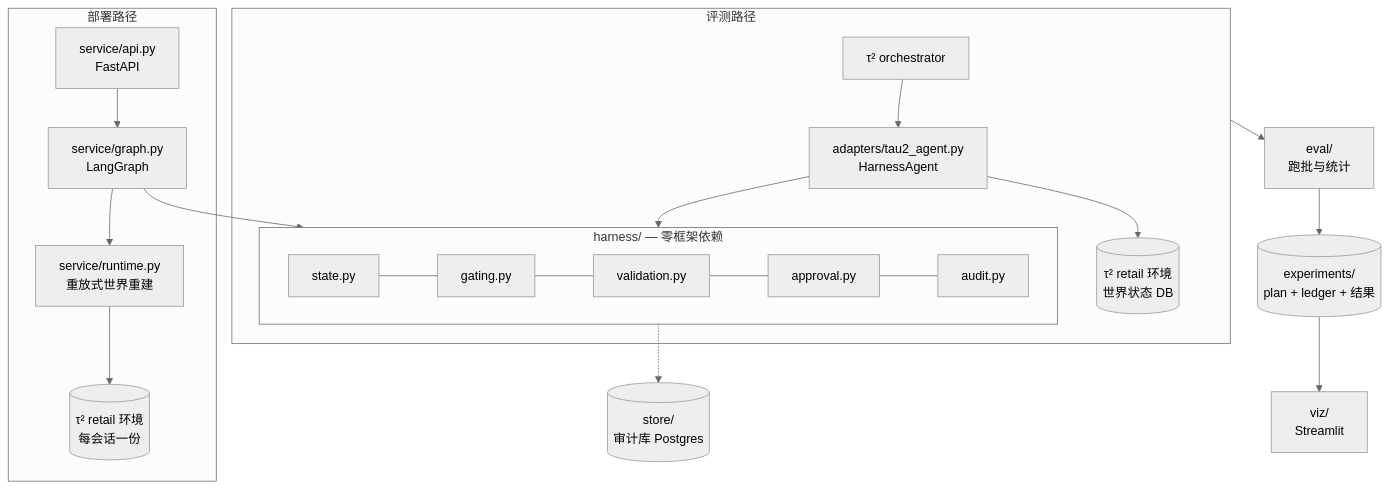
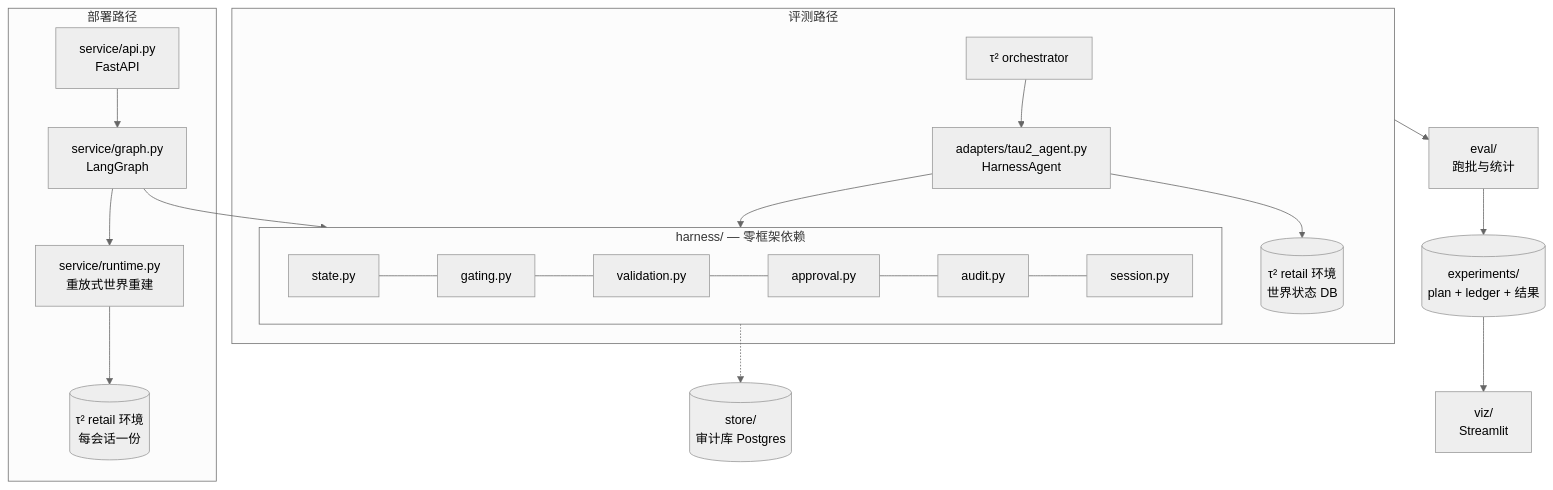
The first of 4 diagrams in docs/architecture.md (Jackson117/PolicyGate), drawn with Mermaid (neutral theme) before and after one commit. The commit also changed other lines of this file and 4 other files, not shown here.

````diff
--- a/docs/architecture.md
+++ b/docs/architecture.md
@@ -10,25 +10,26 @@
 ```mermaid
 flowchart TB
     subgraph bench[评测路径]
         O[τ² orchestrator] --> AD[adapters/tau2_agent.py<br/>HarnessAgent]
         AD --> H
         AD --> ENV[(τ² retail 环境<br/>世界状态 DB)]
     end
     subgraph deploy[部署路径]
         API[service/api.py<br/>FastAPI] --> GR[service/graph.py<br/>LangGraph]
         GR --> H
         GR --> RT[service/runtime.py<br/>重放式世界重建]
         RT --> ENV2[(τ² retail 环境<br/>每会话一份)]
     end
     subgraph H[harness/ — 零框架依赖]
         direction LR
         ST[state.py] --- GA[gating.py]
         GA --- VA[validation.py]
         VA --- AP[approval.py]
         AP --- AU[audit.py]
+        AU --- SE[session.py]
     end
     H -.-> STORE[(store/<br/>审计库 Postgres)]
     bench --> EV[eval/<br/>跑批与统计]
     EV --> EXP[(experiments/<br/>plan + ledger + 结果)]
     EXP --> VIZ[viz/<br/>Streamlit]
 ```
````
